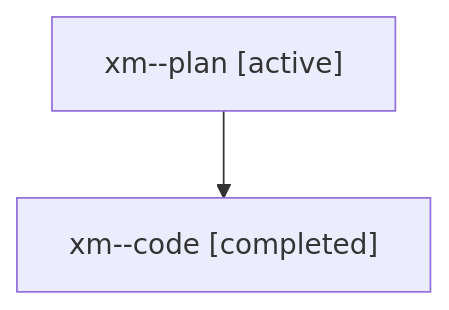
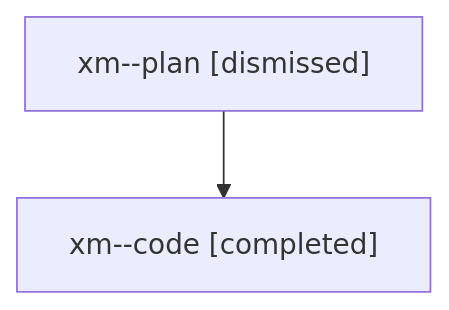
The diagram in sessions/bbugyi200.athena.xm.md (sase-org/sase--agents), drawn with Mermaid before and after one commit. The commit also changed other lines of this file and 12 other files, not shown here.

````diff
--- a/sessions/bbugyi200.athena.xm.md
+++ b/sessions/bbugyi200.athena.xm.md
@@ -9,6 +9,6 @@
 ```mermaid
 flowchart TD
-  n0["xm--plan [active]"]
+  n0["xm--plan [dismissed]"]
   n1["xm--code [completed]"]
   n0 --> n1
 ```
````
